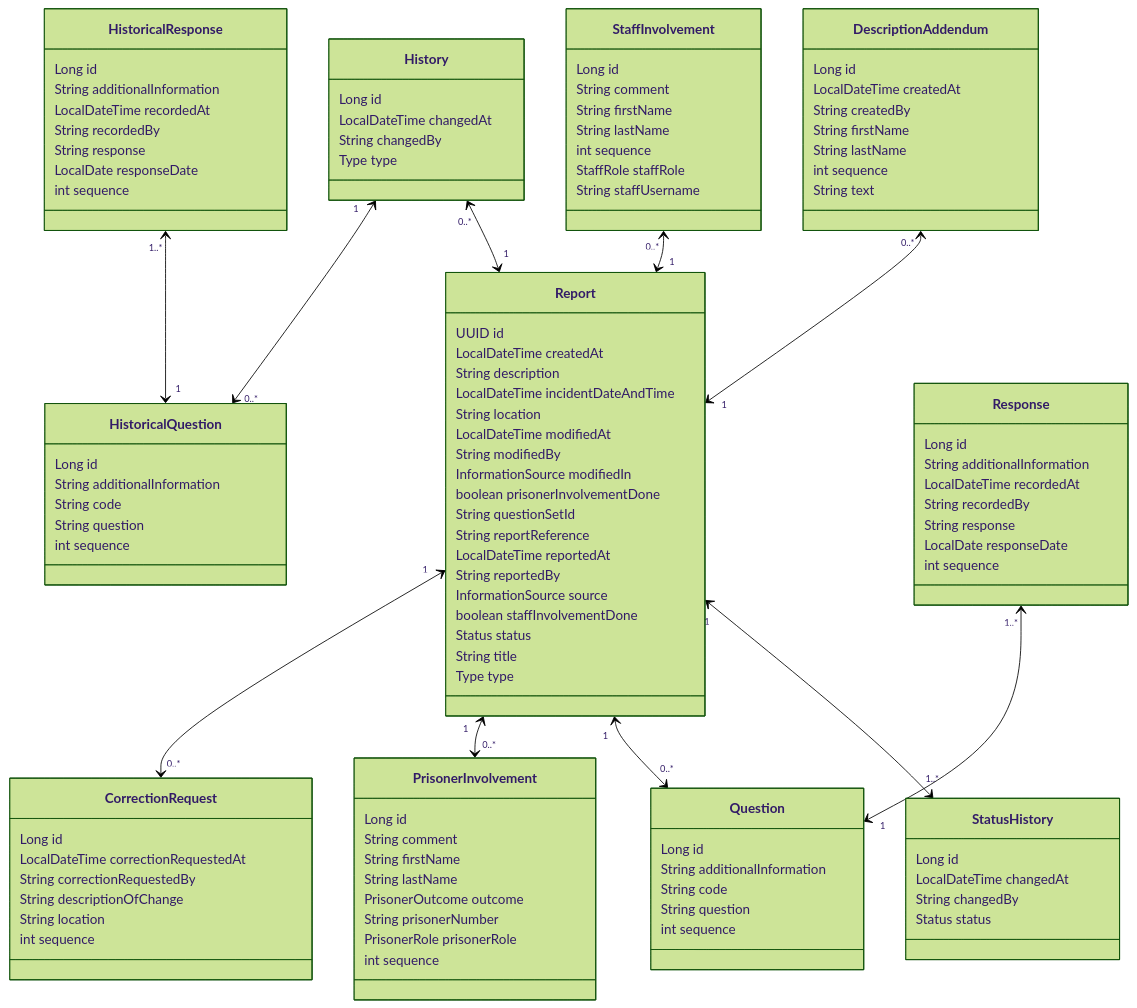
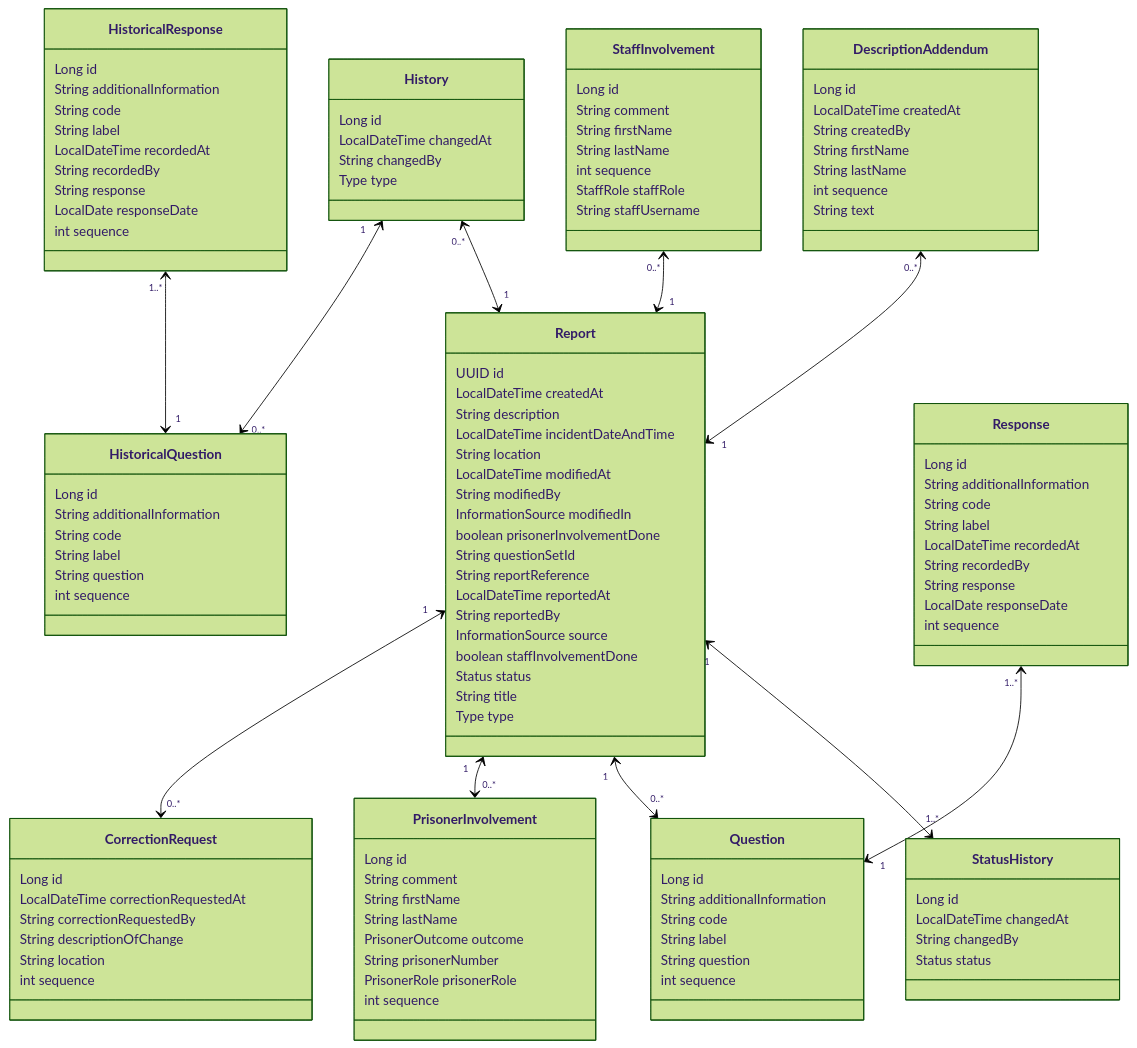
The first of 2 diagrams in docs/0004-modeling-irs.md (ministryofjustice/hmpps-incident-reporting-api), drawn with Mermaid (forest theme) before and after one commit. The commit also changed other lines of this file and 63 other files, not shown here.

```diff
--- a/docs/0004-modeling-irs.md
+++ b/docs/0004-modeling-irs.md
@@ -37,12 +37,15 @@
     Long id
     String additionalInformation
     String code
+    String label
     String question
     int sequence
   }
   class HistoricalResponse {
     Long id
     String additionalInformation
+    String code
+    String label
     LocalDateTime recordedAt
     String recordedBy
     String response
@@ -69,6 +72,7 @@
     Long id
     String additionalInformation
     String code
+    String label
     String question
     int sequence
   }
@@ -95,6 +99,8 @@
   class Response {
     Long id
     String additionalInformation
+    String code
+    String label
     LocalDateTime recordedAt
     String recordedBy
     String response
```
